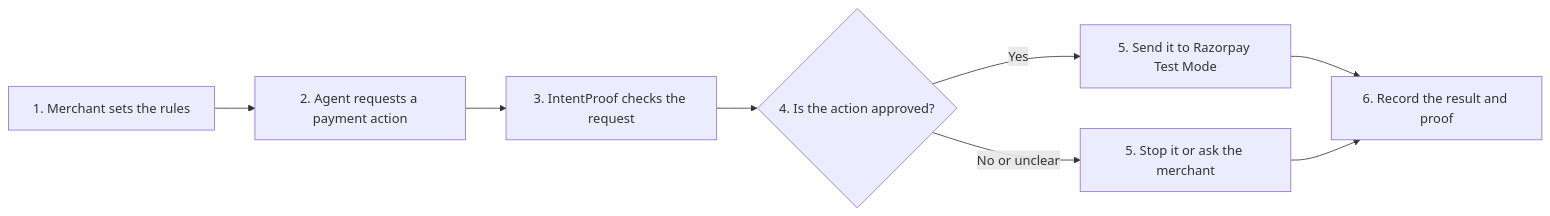
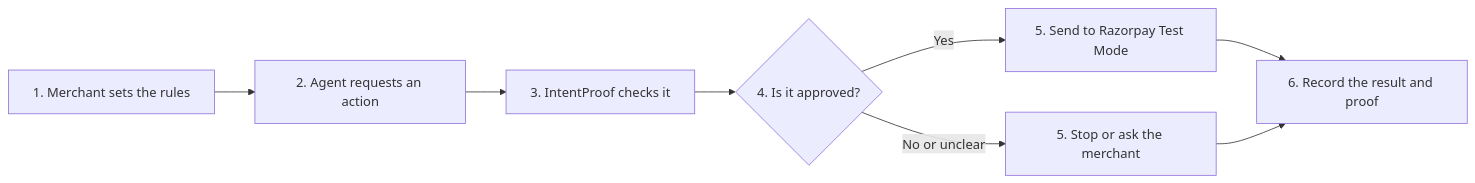
Before and after one commit to Jayant-kernel/intentproof: the diagram in README.md, drawn with Mermaid. The commit also changed other lines of this file, not shown here.

````diff
--- a/README.md
+++ b/README.md
@@ -85,10 +55,10 @@
 ```mermaid
 flowchart LR
-  Rules[1. Merchant sets the rules] --> Request[2. Agent requests a payment action]
-  Request --> Check[3. IntentProof checks the request]
-  Check --> Decision{4. Is the action approved?}
-  Decision -->|Yes| Payment[5. Send it to Razorpay Test Mode]
-  Decision -->|No or unclear| Stop[5. Stop it or ask the merchant]
+  Rules[1. Merchant sets the rules] --> Request[2. Agent requests an action]
+  Request --> Check[3. IntentProof checks it]
+  Check --> Decision{4. Is it approved?}
+  Decision -->|Yes| Payment[5. Send to Razorpay Test Mode]
+  Decision -->|No or unclear| Stop[5. Stop or ask the merchant]
   Payment --> Proof[6. Record the result and proof]
   Stop --> Proof
 ```
````
